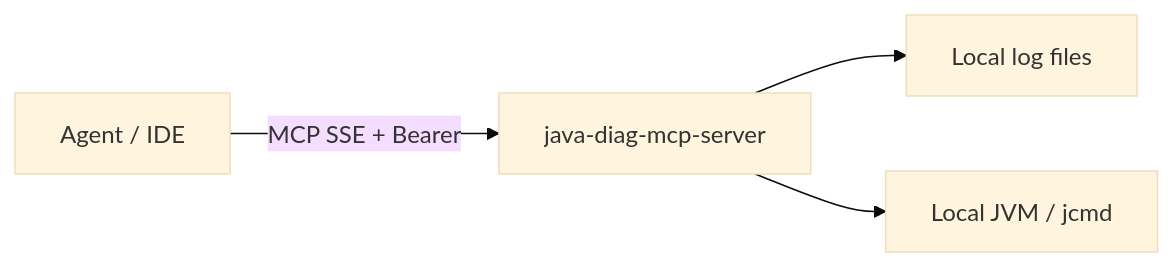
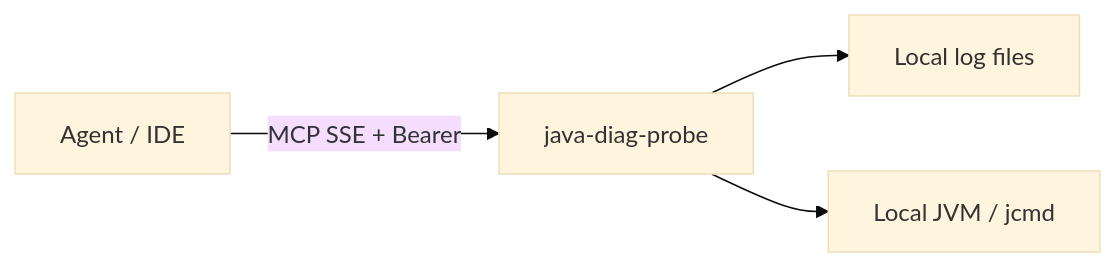
One commit to chenxk/java-diag changed the first of 2 diagrams in README_EN.md. Above: the diagram before and after it, drawn with Mermaid (base theme). The commit also changed other lines of this file and 23 other files, not shown here.

Commit message:
rename to java-diag-probe

````diff
--- a/README_EN.md
+++ b/README_EN.md
@@ -27,6 +27,6 @@
 ```mermaid
 flowchart LR
-  Agent["Agent / IDE"] -->|"MCP SSE + Bearer"| Probe["java-diag-mcp-server"]
+  Agent["Agent / IDE"] -->|"MCP SSE + Bearer"| Probe["java-diag-probe"]
   Probe --> Logs["Local log files"]
   Probe --> Jvm["Local JVM / jcmd"]
 ```
````
